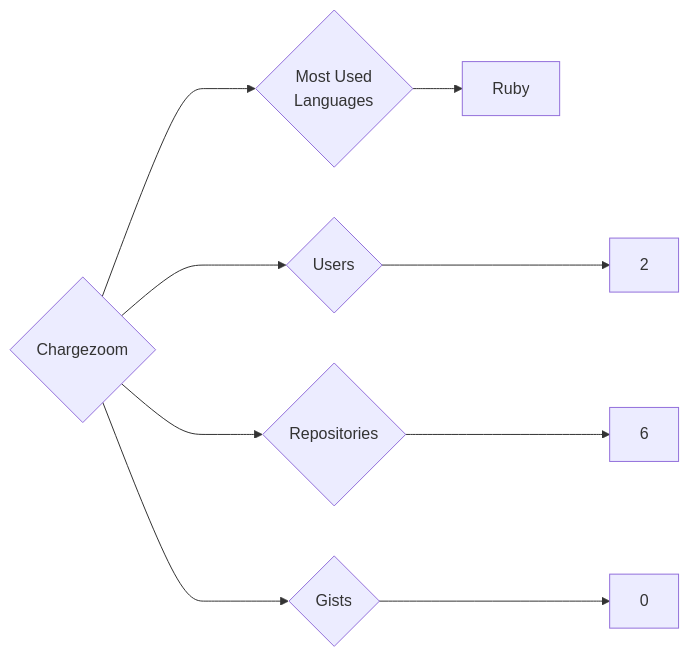
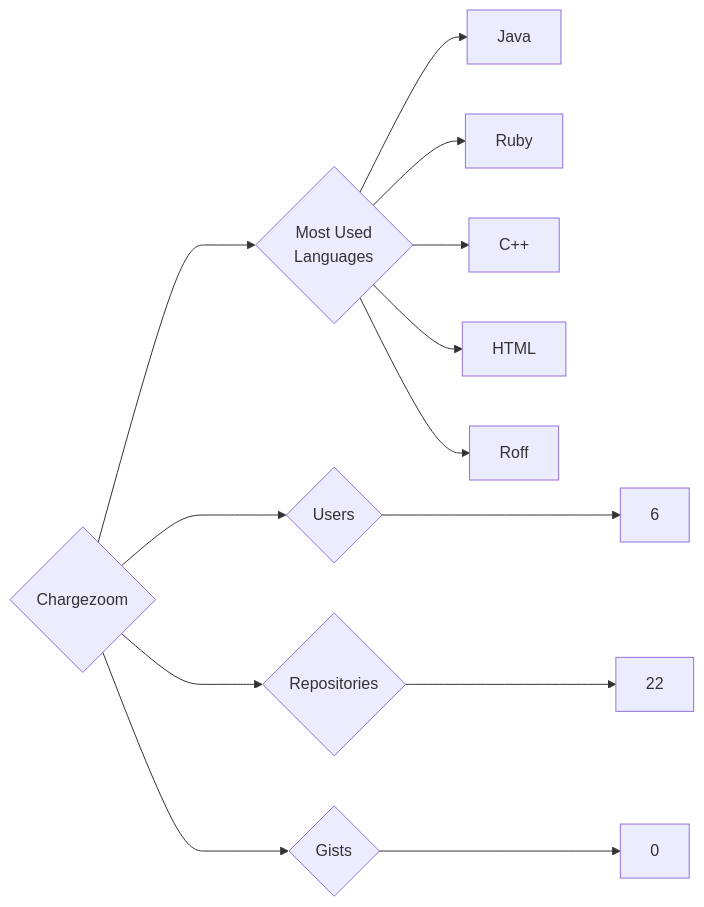
Before and after one commit to trickest/insiders: the diagram in targets/Chargezoom/README.md, drawn with Mermaid. The commit also changed 1314 other files, not shown here.

````diff
--- a/targets/Chargezoom/README.md
+++ b/targets/Chargezoom/README.md
@@ -3,9 +3,13 @@
 ```mermaid
 graph LR
 COMPANY_NAME{Chargezoom}
-COMPANY_NAME ---> U{Users} ---> UN[2]
-COMPANY_NAME ---> R{Repositories} ---> RN[6]
+COMPANY_NAME ---> U{Users} ---> UN[6]
+COMPANY_NAME ---> R{Repositories} ---> RN[22]
 COMPANY_NAME ---> G{Gists} ---> GN[0]
 COMPANY_NAME ---> ML{Most Used<br>Languages}
+ML --> Java[Java]
 ML --> Ruby[Ruby]
+ML --> C++[C++]
+ML --> HTML[HTML]
+ML --> Roff[Roff]
 ```
````
